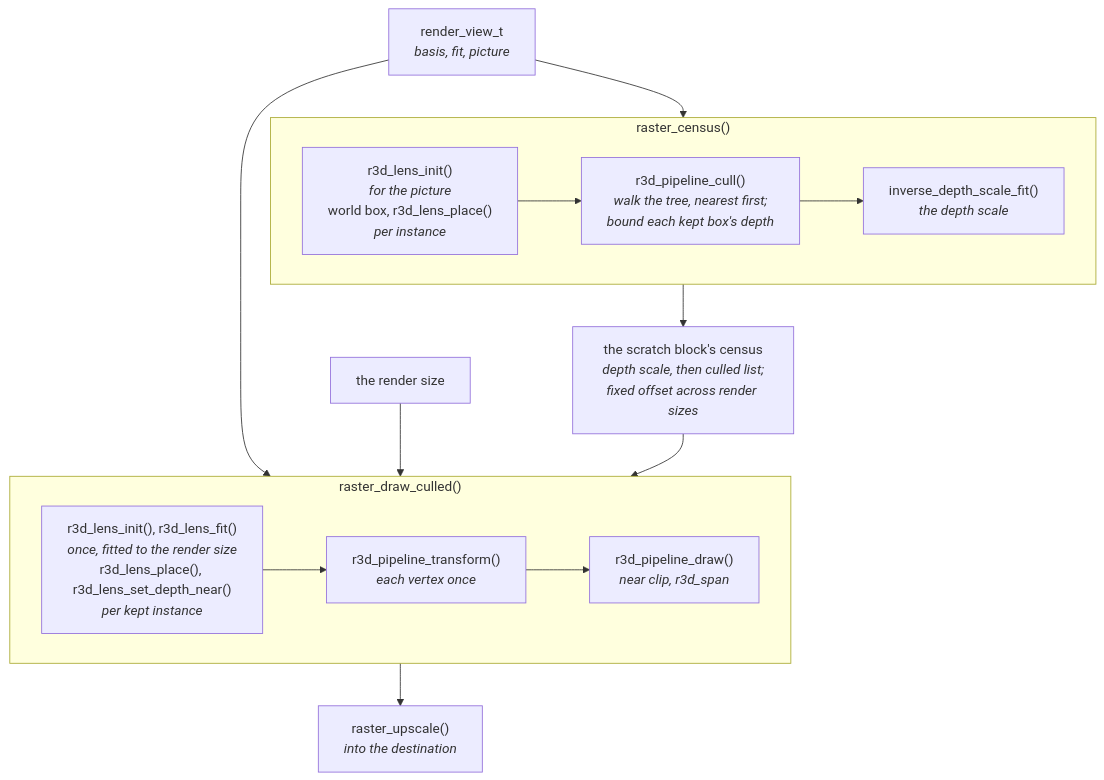
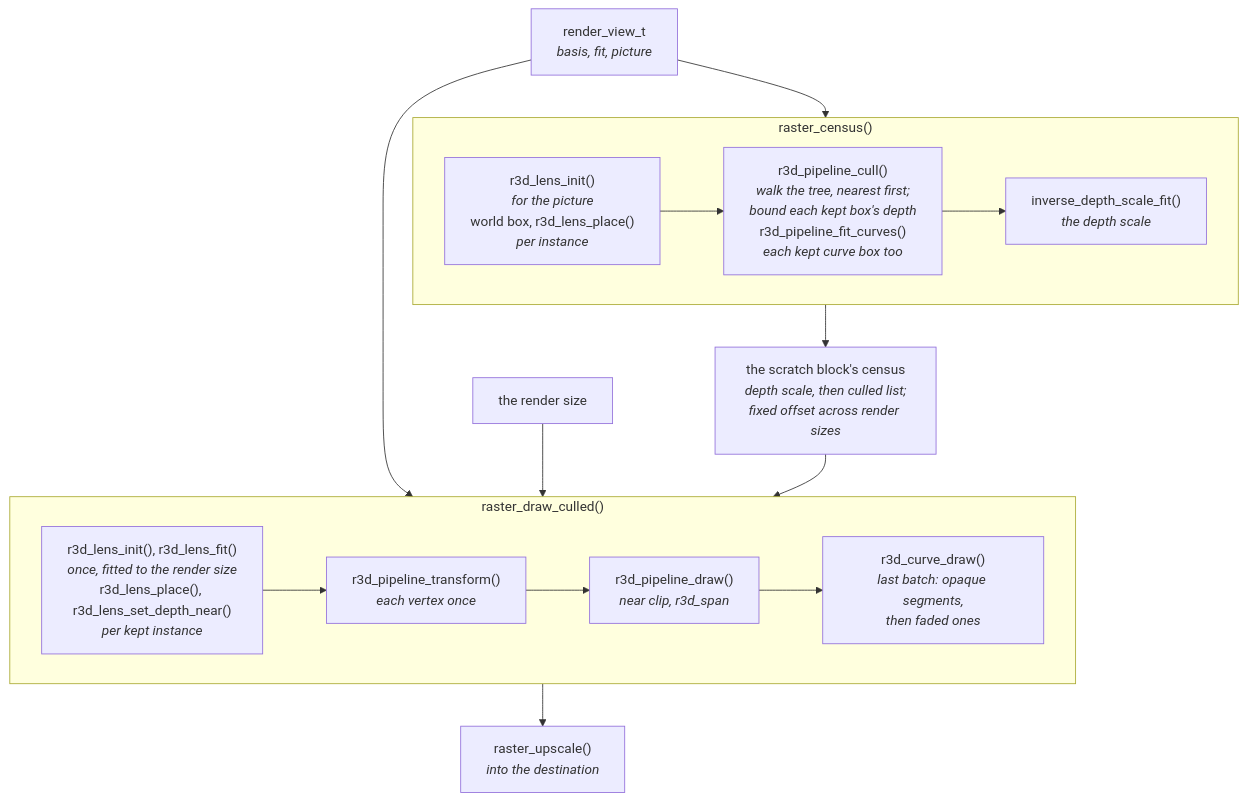
Before and after one commit to jose-villegas/autana: the first of 2 diagrams in docs/render/Mesh-Rendering.md, drawn with Mermaid. The commit also changed other lines of this file and 4 other files, not shown here.

Commit message:
docs: curves in the draw diagrams, the depth fit and the LCRV version word; the curves switch shown

````diff
--- a/docs/render/Mesh-Rendering.md
+++ b/docs/render/Mesh-Rendering.md
@@ -106,20 +106,21 @@
 ```mermaid
 flowchart TB
     View["render_view_t<br/><i>basis, fit, picture</i>"] --> Census
     subgraph Census["raster_census()"]
         direction LR
         Picture["r3d_lens_init()<br/><i>for the picture</i><br/>world box, r3d_lens_place()<br/><i>per instance</i>"] --> Cull
-        Cull["r3d_pipeline_cull()<br/><i>walk the tree, nearest first;<br/>bound each kept box's depth</i>"] --> Scale
+        Cull["r3d_pipeline_cull()<br/><i>walk the tree, nearest first;<br/>bound each kept box's depth</i><br/>r3d_pipeline_fit_curves()<br/><i>each kept curve box too</i>"] --> Scale
         Scale["inverse_depth_scale_fit()<br/><i>the depth scale</i>"]
     end
     Census --> List["the scratch block's census<br/><i>depth scale, then culled list;<br/>fixed offset across render sizes</i>"]
     View --> Draw
     Size["the render size"] --> Draw
     List --> Draw
     subgraph Draw["raster_draw_culled()"]
         direction LR
         Fit["r3d_lens_init(), r3d_lens_fit()<br/><i>once, fitted to the render size</i><br/>r3d_lens_place(), r3d_lens_set_depth_near()<br/><i>per kept instance</i>"] --> Transform["r3d_pipeline_transform()<br/><i>each vertex once</i>"]
         Transform --> DrawStage["r3d_pipeline_draw()<br/><i>near clip, r3d_span</i>"]
+        DrawStage --> Curves["r3d_curve_draw()<br/><i>last batch: opaque segments,<br/>then faded ones</i>"]
     end
     Draw --> Upscale["raster_upscale()<br/><i>into the destination</i>"]
 ```
````
